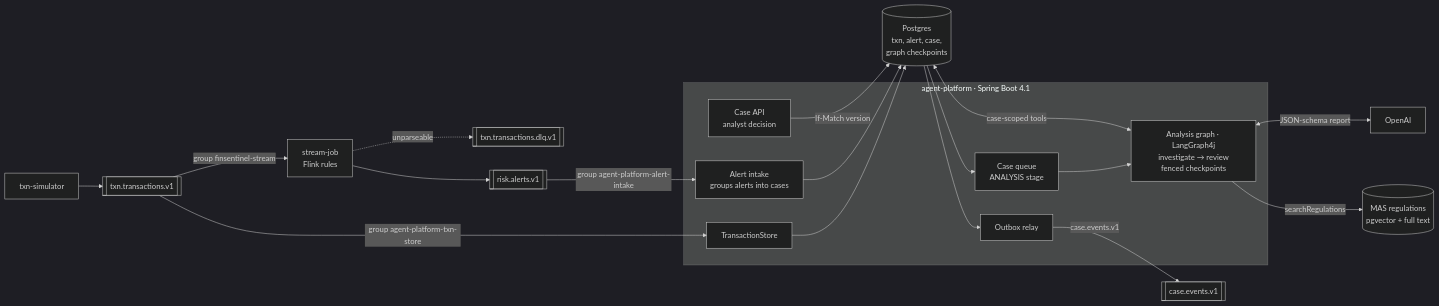
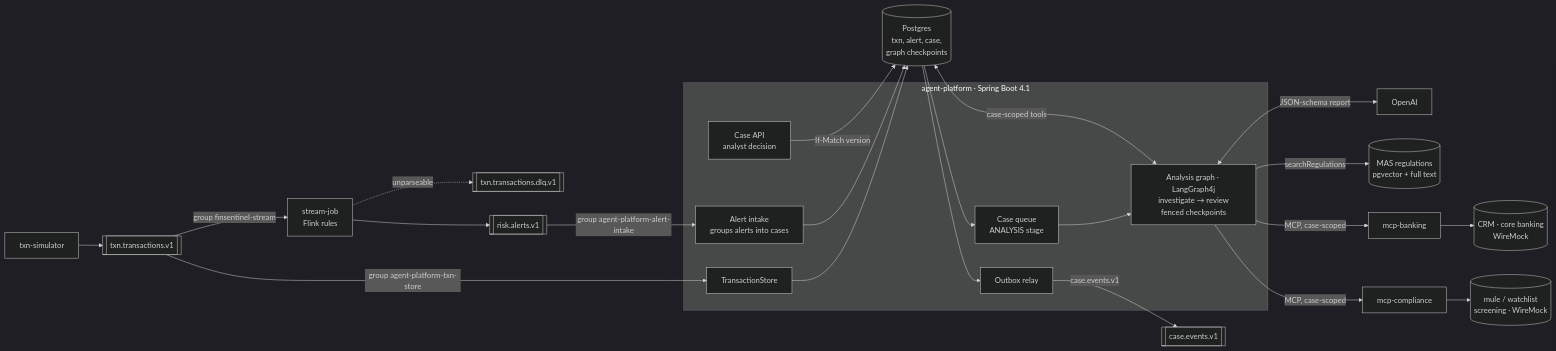
One commit to hongming-github/finsentinel changed the diagram in README.md. Above: the diagram before and after it, drawn with Mermaid (dark theme). The commit also changed other lines of this file and 50 other files, not shown here.

First line of the commit message:
Phase 4C1: bank and compliance systems over MCP, wrapped in case-scoped tools

````diff
--- a/README.md
+++ b/README.md
@@ -9,25 +9,27 @@
 ```mermaid
 flowchart LR
     SIM[txn-simulator] --> TX[[txn.transactions.v1]]
     TX -->|group finsentinel-stream| F[stream-job<br/>Flink rules]
     F -.->|unparseable| DLQ[[txn.transactions.dlq.v1]]
     F --> AL[[risk.alerts.v1]]
     subgraph P [agent-platform · Spring Boot 4.1]
         TS[TransactionStore]
         AI[Alert intake<br/>groups alerts into cases]
         Q[Case queue<br/>ANALYSIS stage]
         AG[Analysis graph · LangGraph4j<br/>investigate → review<br/>fenced checkpoints]
         API[Case API<br/>analyst decision]
         OB[Outbox relay]
     end
     TX -->|group agent-platform-txn-store| TS
     AL -->|group agent-platform-alert-intake| AI
     TS --> PG[(Postgres<br/>txn, alert, case,<br/>graph checkpoints)]
     AI --> PG
     PG --> Q --> AG
     API -->|If-Match version| PG
     PG --> OB -->|case.events.v1| K2[[case.events.v1]]
     AG <-->|case-scoped tools| PG
     AG <-->|JSON-schema report| LLM[OpenAI]
     AG -->|searchRegulations| KB[(MAS regulations<br/>pgvector + full text)]
+    AG -->|MCP, case-scoped| MB[mcp-banking] --> CRM[(CRM · core banking<br/>WireMock)]
+    AG -->|MCP, case-scoped| MC[mcp-compliance] --> SCR[(mule / watchlist<br/>screening · WireMock)]
 ```
````
